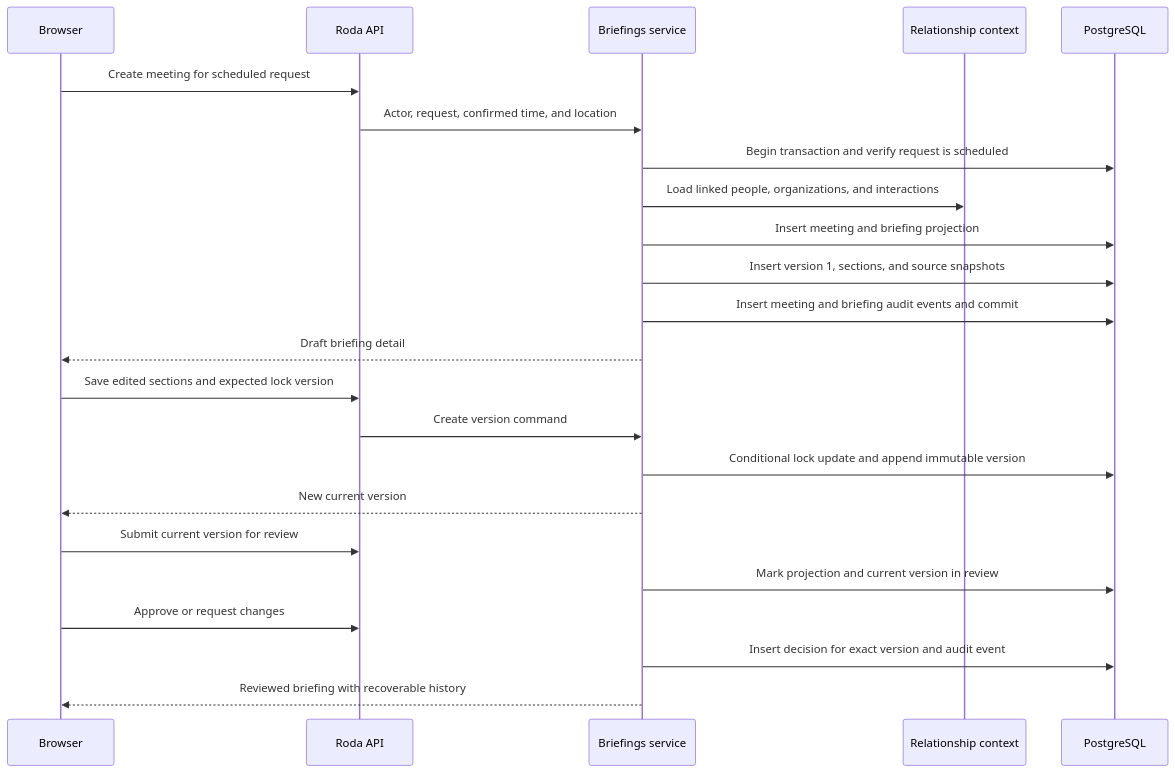
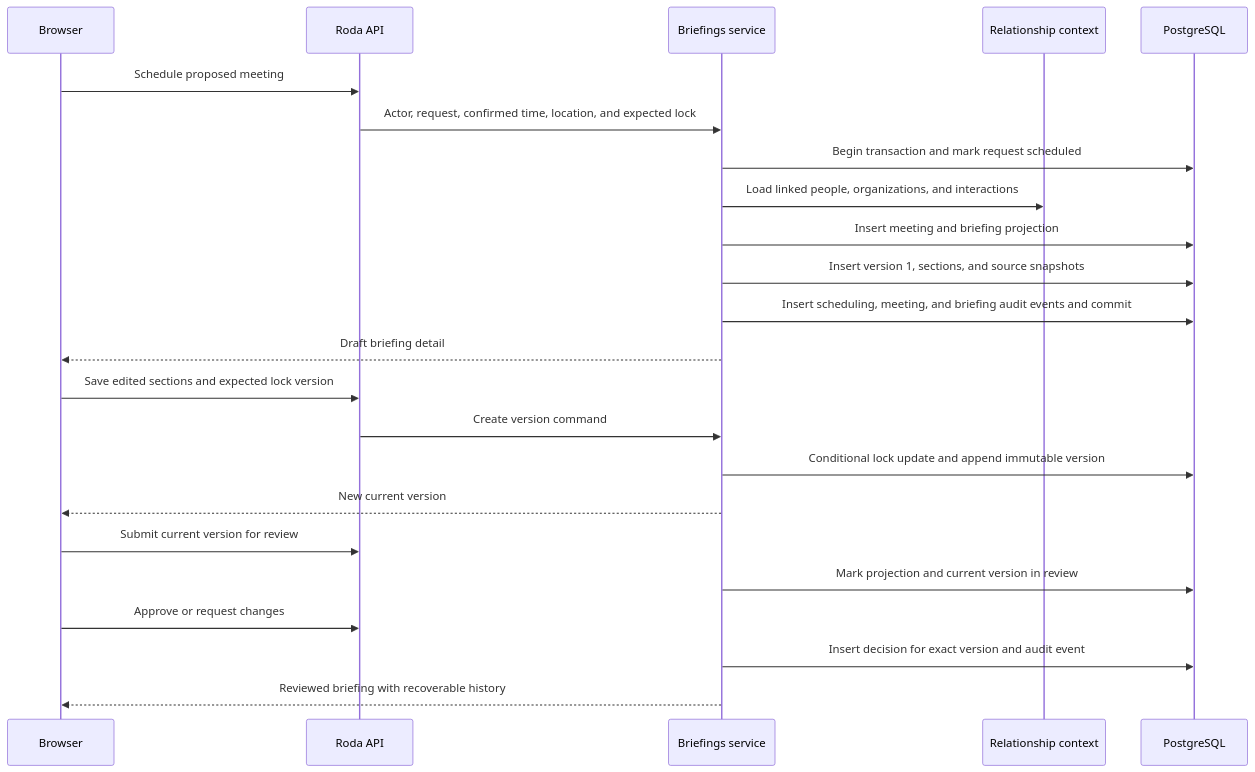
Before and after one commit to darthneel/Holocron: the fifth of 7 diagrams in docs/architecture.md, drawn with Mermaid. The commit also changed other lines of this file and 17 other files, not shown here.

Commit message:
Simplify proposed meeting scheduling flow

````diff
--- a/docs/architecture.md
+++ b/docs/architecture.md
@@ -144,26 +138,26 @@
 ```mermaid
 sequenceDiagram
     participant Browser
     participant API as Roda API
     participant Briefings as Briefings service
     participant Relations as Relationship context
     participant DB as PostgreSQL
 
-    Browser->>API: Create meeting for scheduled request
-    API->>Briefings: Actor, request, confirmed time, and location
-    Briefings->>DB: Begin transaction and verify request is scheduled
+    Browser->>API: Schedule proposed meeting
+    API->>Briefings: Actor, request, confirmed time, location, and expected lock
+    Briefings->>DB: Begin transaction and mark request scheduled
     Briefings->>Relations: Load linked people, organizations, and interactions
     Briefings->>DB: Insert meeting and briefing projection
     Briefings->>DB: Insert version 1, sections, and source snapshots
-    Briefings->>DB: Insert meeting and briefing audit events and commit
+    Briefings->>DB: Insert scheduling, meeting, and briefing audit events and commit
     Briefings-->>Browser: Draft briefing detail
     Browser->>API: Save edited sections and expected lock version
     API->>Briefings: Create version command
     Briefings->>DB: Conditional lock update and append immutable version
     Briefings-->>Browser: New current version
     Browser->>API: Submit current version for review
     Briefings->>DB: Mark projection and current version in review
     Browser->>API: Approve or request changes
     Briefings->>DB: Insert decision for exact version and audit event
     Briefings-->>Browser: Reviewed briefing with recoverable history
 ```
````
